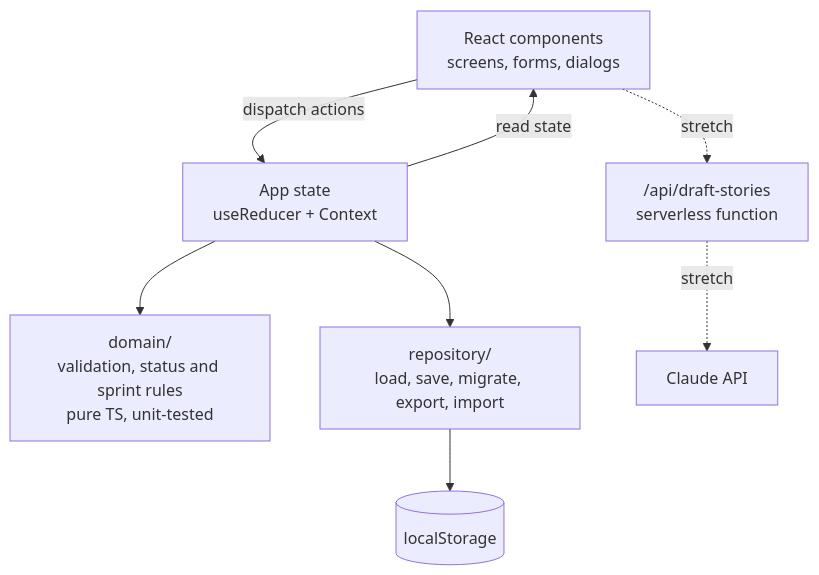
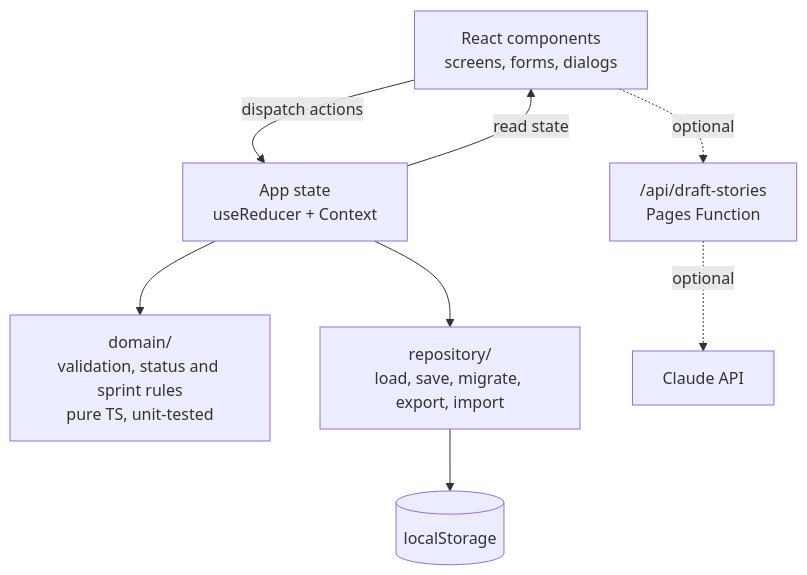
The first of 2 diagrams in docs/architecture.md (kchan1028/sprintlab), drawn with Mermaid before and after one commit. The commit also changed other lines of this file and 24 other files, not shown here.

First line of the commit message:
feat: AI story drafter through a Pages Function (#17) (#42)

````diff
--- a/docs/architecture.md
+++ b/docs/architecture.md
@@ -11,10 +11,10 @@
 ```mermaid
 flowchart TD
   UI[React components<br/>screens, forms, dialogs] -->|dispatch actions| State[App state<br/>useReducer + Context]
   State -->|read state| UI
   State --> Domain[domain/<br/>validation, status and sprint rules<br/>pure TS, unit-tested]
   State --> Repo[repository/<br/>load, save, migrate, export, import]
   Repo --> LS[(localStorage)]
-  UI -. stretch .-> Fn["/api/draft-stories<br/>serverless function"]
-  Fn -. stretch .-> Claude[Claude API]
+  UI -. optional .-> Fn["/api/draft-stories<br/>Pages Function"]
+  Fn -. optional .-> Claude[Claude API]
 ```
````
